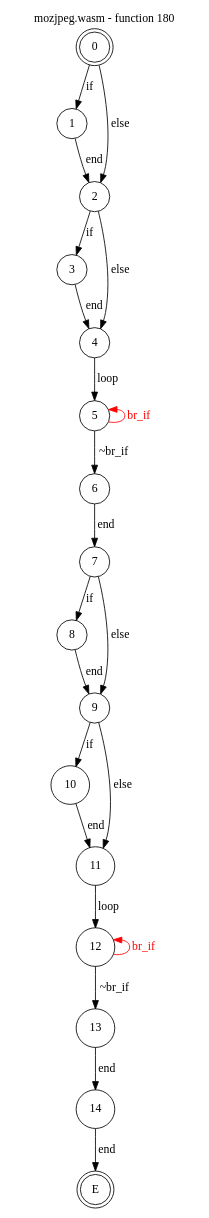
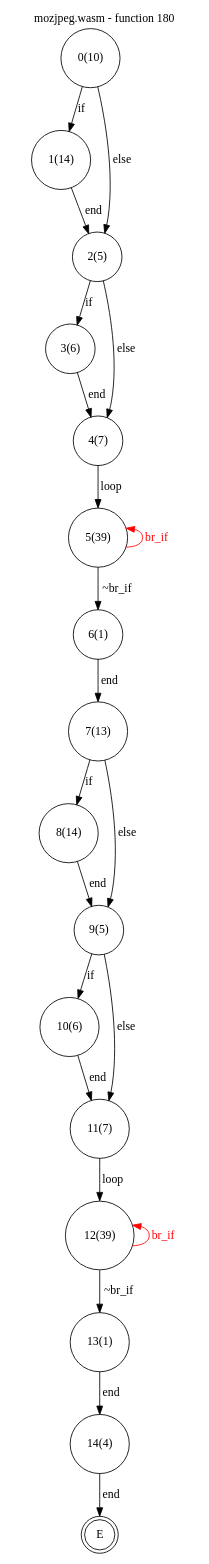
The diagram in test_cases/mozjpeg/funcs/mozjpeg-func180.dot (jsCarleton/wanalyze), drawn with Graphviz before and after one commit. The commit also changed 592 other files, not shown here.

```diff
--- a/test_cases/mozjpeg/funcs/mozjpeg-func180.dot
+++ b/test_cases/mozjpeg/funcs/mozjpeg-func180.dot
@@ -1,30 +1,45 @@
 digraph finite_state_machine {
     label = "mozjpeg.wasm - function 180"
     labelloc =  t
     labelfontsize = 16
     labelfontcolor = black
     labelfontname = "Helvetica"
-    node [shape = doublecircle]; 0 E ;
-    node [shape = circle];
+    node [shape = doublecircle]; E ;
+node [shape=circle, fontcolor=black, style="", label="0(10)"]0
+node [shape=circle, fontcolor=black, style="", label="1(14)"]1
+node [shape=circle, fontcolor=black, style="", label="2(5)"]2
+node [shape=circle, fontcolor=black, style="", label="3(6)"]3
+node [shape=circle, fontcolor=black, style="", label="4(7)"]4
+node [shape=circle, fontcolor=black, style="", label="5(39)"]5
+node [shape=circle, fontcolor=black, style="", label="6(1)"]6
+node [shape=circle, fontcolor=black, style="", label="7(13)"]7
+node [shape=circle, fontcolor=black, style="", label="8(14)"]8
+node [shape=circle, fontcolor=black, style="", label="9(5)"]9
+node [shape=circle, fontcolor=black, style="", label="10(6)"]10
+node [shape=circle, fontcolor=black, style="", label="11(7)"]11
+node [shape=circle, fontcolor=black, style="", label="12(39)"]12
+node [shape=circle, fontcolor=black, style="", label="13(1)"]13
+node [shape=circle, fontcolor=black, style="", label="14(4)"]14
+node [shape=circle, fontcolor=black, style="", label="E"]E
     0 -> 1[label="if"];
     0 -> 2[label="else"];
     1 -> 2[label="end"];
     2 -> 3[label="if"];
     2 -> 4[label="else"];
     3 -> 4[label="end"];
     4 -> 5[label="loop"];
     5 -> 6[label="~br_if"];
     5 -> 5[color="red" dir=back fontcolor="red" label="br_if"];
     6 -> 7[label="end"];
     7 -> 8[label="if"];
     7 -> 9[label="else"];
     8 -> 9[label="end"];
     9 -> 10[label="if"];
     9 -> 11[label="else"];
     10 -> 11[label="end"];
     11 -> 12[label="loop"];
     12 -> 13[label="~br_if"];
     12 -> 12[color="red" dir=back fontcolor="red" label="br_if"];
     13 -> 14[label="end"];
     14 -> E[label="end"];
 }
```
